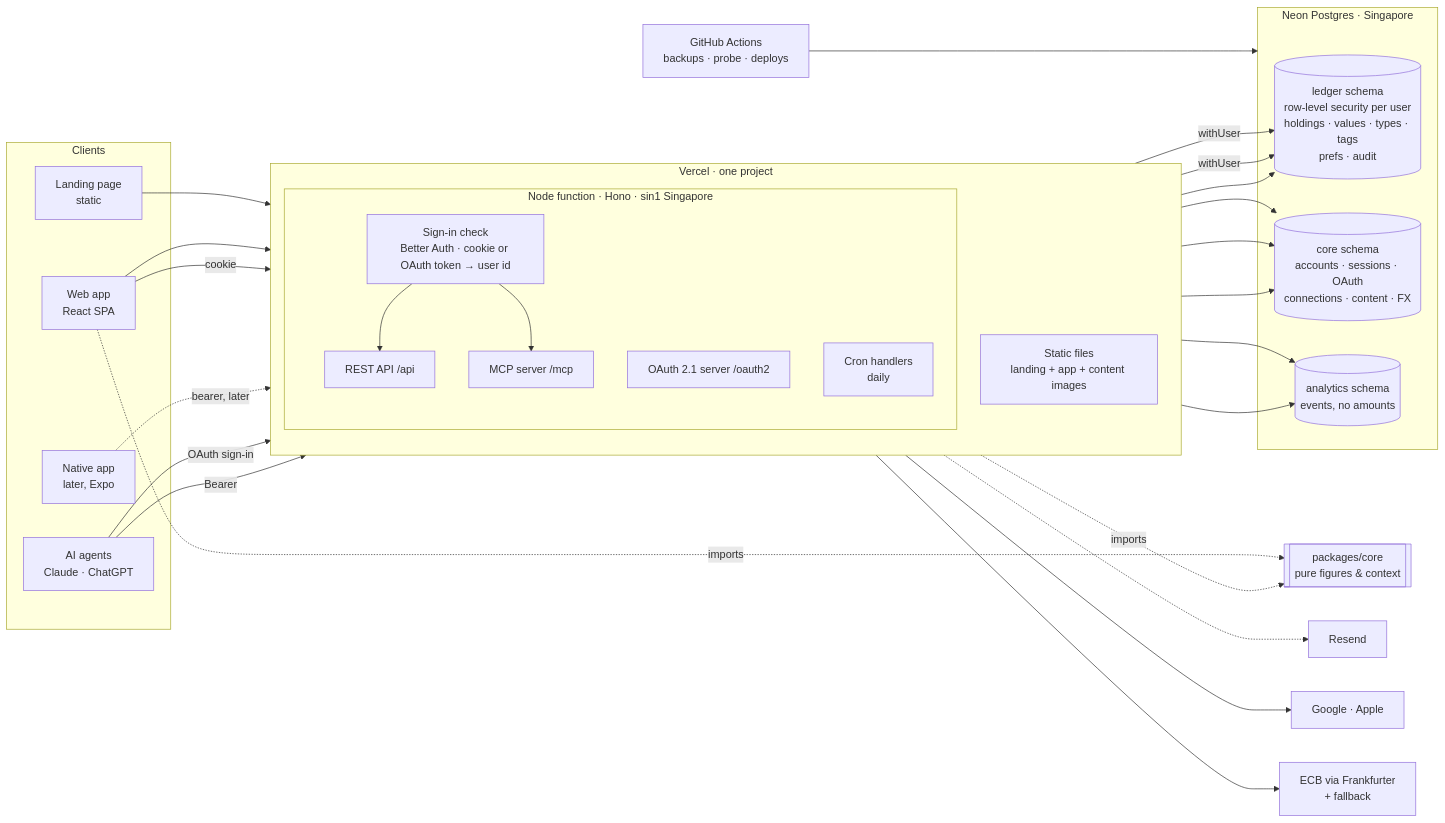
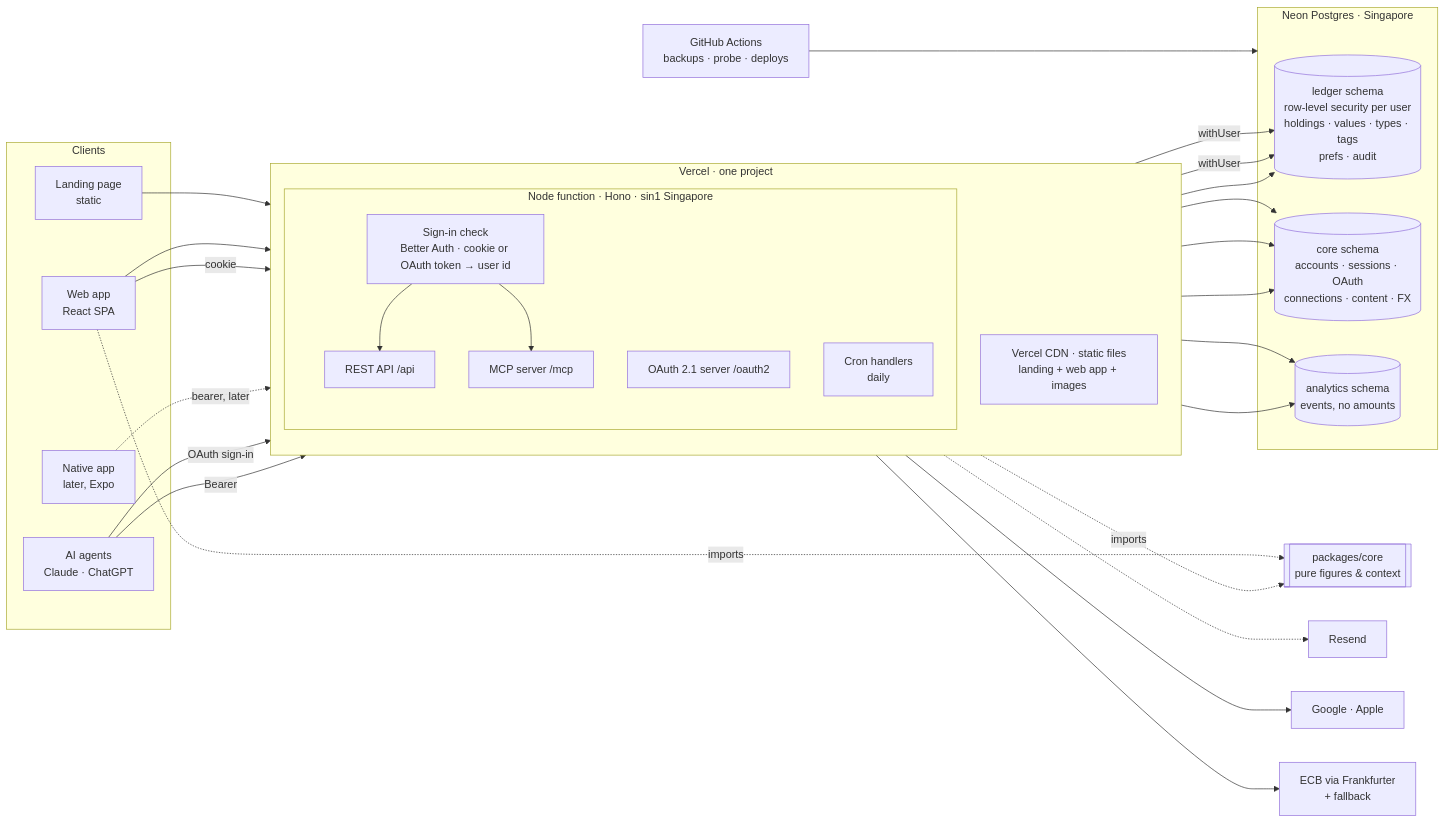
The first of 3 diagrams in docs/03-architecture.md (terrence0488/netnet), drawn with Mermaid before and after one commit. The commit also changed other lines of this file and 3 other files, not shown here.

First line of the commit message:
Docs: make web app hosting explicit; design notifications

````diff
--- a/docs/03-architecture.md
+++ b/docs/03-architecture.md
@@ -109,50 +113,50 @@
 ```mermaid
 flowchart LR
   subgraph clients[Clients]
     LP[Landing page<br/>static]
     WEB[Web app<br/>React SPA]
     AG[AI agents<br/>Claude · ChatGPT]
     NAT[Native app<br/>later, Expo]
   end
 
   subgraph vercel[Vercel · one project]
     direction TB
-    STATIC[Static files<br/>landing + app + content images]
+    STATIC[Vercel CDN · static files<br/>landing + web app + images]
     subgraph fn[Node function · Hono · sin1 Singapore]
       GATE[Sign-in check<br/>Better Auth · cookie or OAuth token → user id]
       API[REST API /api]
       AS[OAuth 2.1 server /oauth2]
       MCP[MCP server /mcp]
       CRON[Cron handlers<br/>daily]
     end
   end
 
   subgraph neon[Neon Postgres · Singapore]
     LEDGER[(ledger schema<br/>row-level security per user<br/>holdings · values · types · tags<br/>prefs · audit)]
     CORE[(core schema<br/>accounts · sessions · OAuth<br/>connections · content · FX)]
     EV[(analytics schema<br/>events, no amounts)]
   end
 
   GH[GitHub Actions<br/>backups · probe · deploys]
   PKG[[packages/core<br/>pure figures & context]]
 
   LP --> STATIC
   WEB --> STATIC
   WEB -->|cookie| GATE
   NAT -.->|bearer, later| GATE
   AG -->|OAuth sign-in| AS
   AG -->|Bearer| GATE
   GATE --> API & MCP
   API -->|withUser| LEDGER
   MCP -->|withUser| LEDGER
   GATE --> CORE
   AS --> CORE
   API & MCP --> EV
   CRON --> CORE & LEDGER
   GH --> neon
   CRON -.-> MAIL[Resend]
   GATE --> IDP[Google · Apple]
   CRON --> FX[ECB via Frankfurter<br/>+ fallback]
   WEB -.imports.-> PKG
   fn -.imports.-> PKG
 ```
````
